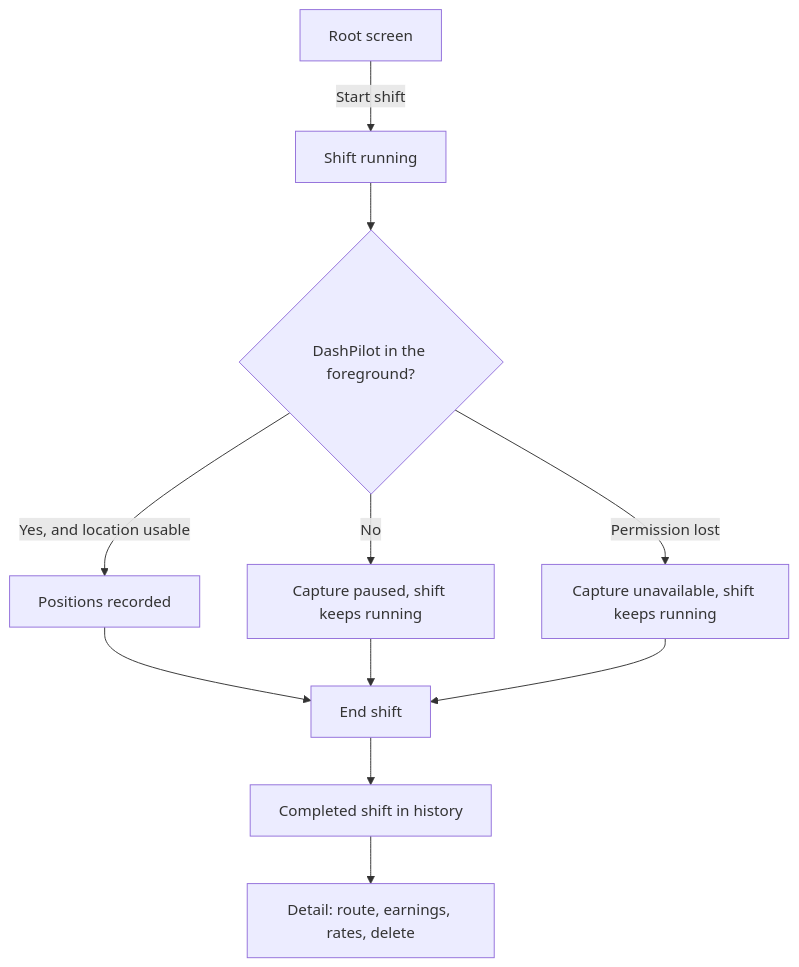
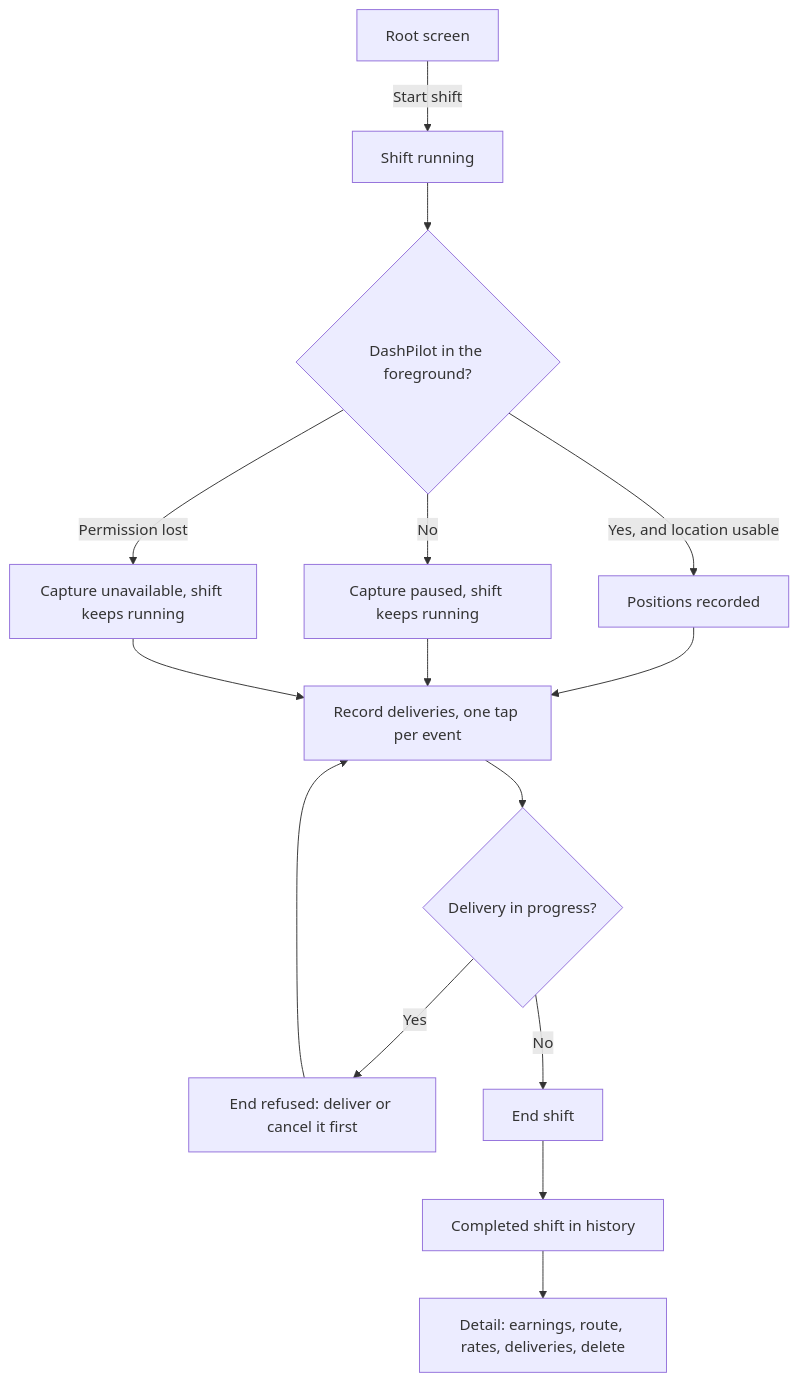
Before and after one commit to quangshuynh/dashpilot: the diagram in docs/product/shift-workflow.md, drawn with Mermaid. The commit also changed other lines of this file and 12 other files, not shown here.

````diff
--- a/docs/product/shift-workflow.md
+++ b/docs/product/shift-workflow.md
@@ -6,13 +6,17 @@
 ```mermaid
 flowchart TD
     A[Root screen] -->|Start shift| B[Shift running]
     B --> C{DashPilot in the foreground?}
     C -->|Yes, and location usable| D[Positions recorded]
     C -->|No| E[Capture paused, shift keeps running]
     C -->|Permission lost| F[Capture unavailable, shift keeps running]
-    D --> G[End shift]
-    E --> G
-    F --> G
+    D --> J[Record deliveries, one tap per event]
+    E --> J
+    F --> J
+    J --> K{Delivery in progress?}
+    K -->|Yes| L[End refused: deliver or cancel it first]
+    L --> J
+    K -->|No| G[End shift]
     G --> H[Completed shift in history]
-    H --> I[Detail: route, earnings, rates, delete]
+    H --> I[Detail: earnings, route, rates, deliveries, delete]
 ```
````
